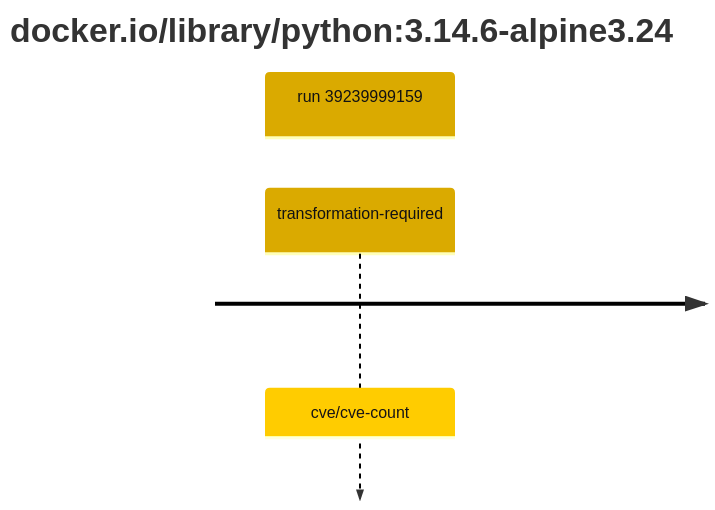
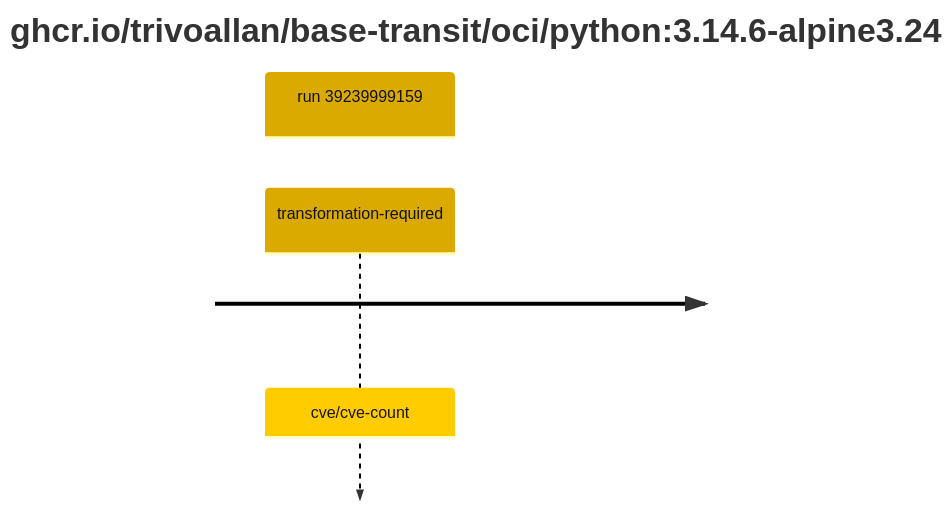
One commit to trivoallan/base-images changed the second of 2 diagrams in results/reports/python-3/sha256:26730869004e2b9c4b9ad09cab8625e81d256d1ce97e72df5520e806b1709f92/39239999159-1.md. Above: the diagram before and after it, drawn with Mermaid. The commit also changed other lines of this file and 7 other files, not shown here.

````diff
--- a/results/reports/python-3/sha256:26730869004e2b9c4b9ad09cab8625e81d256d1ce97e72df5520e806b1709f92/39239999159-1.md
+++ b/results/reports/python-3/sha256:26730869004e2b9c4b9ad09cab8625e81d256d1ce97e72df5520e806b1709f92/39239999159-1.md
@@ -5,7 +24,7 @@
 ```mermaid
 %%{init: {"theme": "default", "themeVariables": {"cScale0": "#daaa00", "cScaleLabel0": "#121212"}}}%%
 timeline
-    title docker.io/library/python#58;3.14.6-alpine3.24
+    title ghcr.io/trivoallan/base-transit/oci/python#58;3.14.6-alpine3.24
     section run 39239999159
         transformation-required : cve/cve-count
 ```
````
